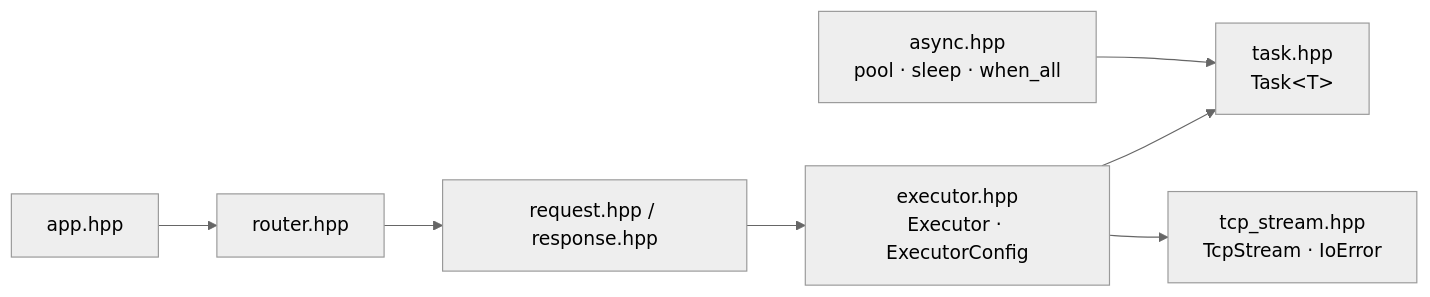
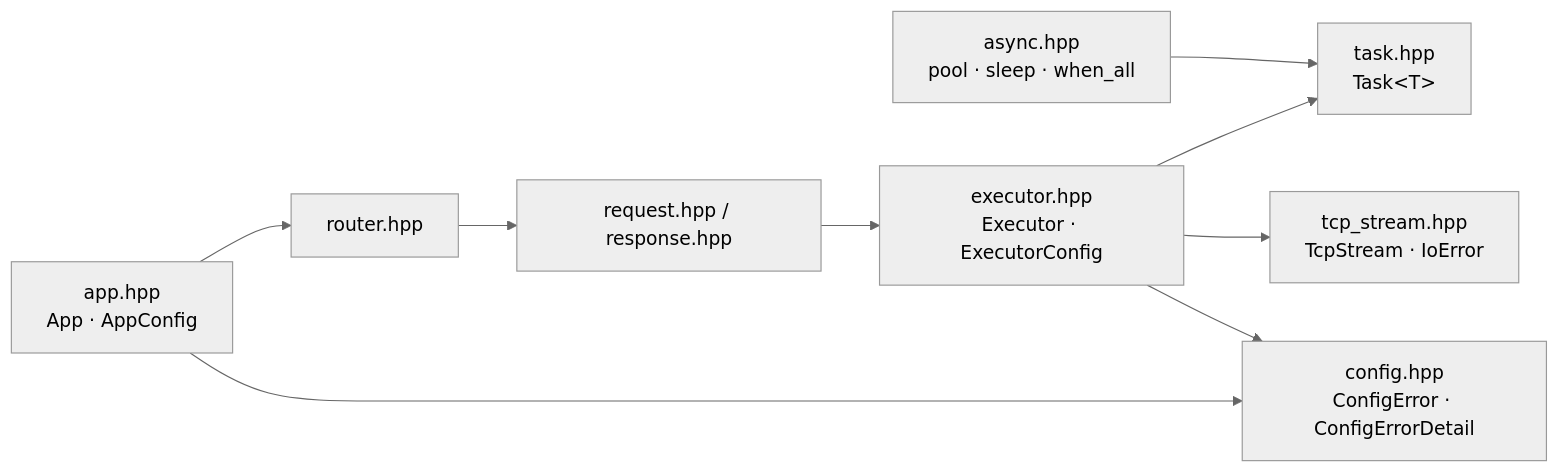
One commit to MohammadMokhalled/Aevox changed the diagram in docs/api/index.md. Above: the diagram before and after it, drawn with Mermaid (neutral theme). The commit also changed other lines of this file and 31 other files, not shown here.

````diff
--- a/docs/api/index.md
+++ b/docs/api/index.md
@@ -30,9 +31,11 @@
 ```mermaid
 graph LR
     ASYNC["async.hpp<br/>pool · sleep · when_all"] --> TASK
     EXEC["executor.hpp<br/>Executor · ExecutorConfig"] --> TASK["task.hpp<br/>Task&lt;T&gt;"]
     EXEC --> TCP["tcp_stream.hpp<br/>TcpStream · IoError"]
-    APP["app.hpp"] --> ROUTER["router.hpp"]
+    APP["app.hpp<br/>App · AppConfig"] --> ROUTER["router.hpp"]
+    APP --> CFG["config.hpp<br/>ConfigError · ConfigErrorDetail"]
+    EXEC --> CFG
     ROUTER --> RR["request.hpp / response.hpp"]
     RR --> EXEC
 ```
````
